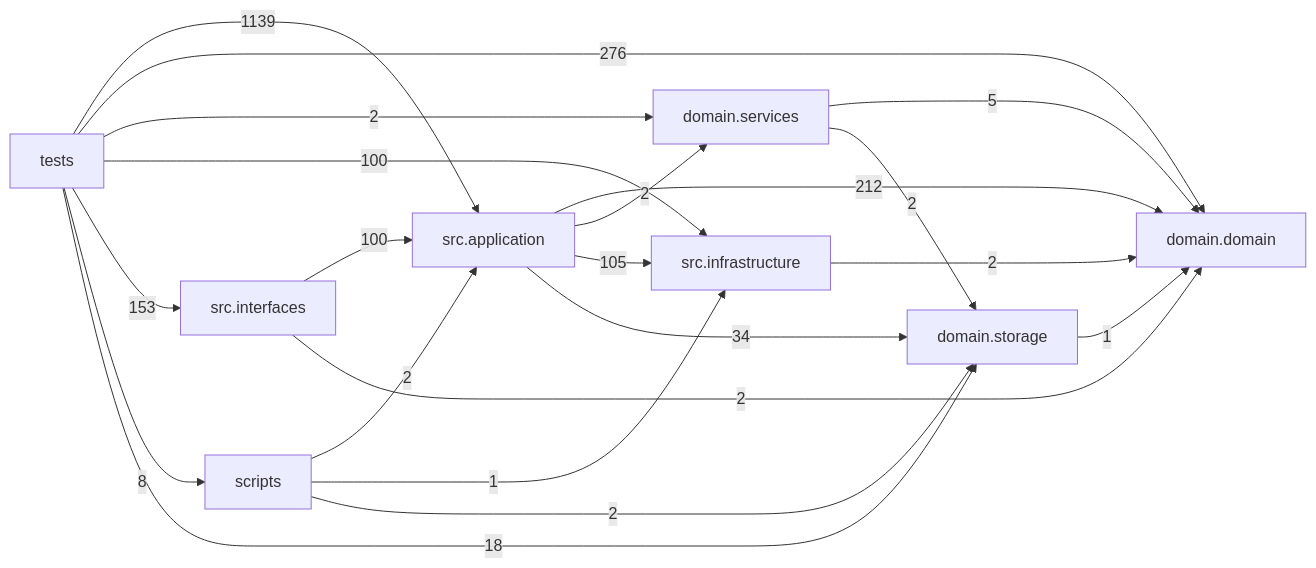
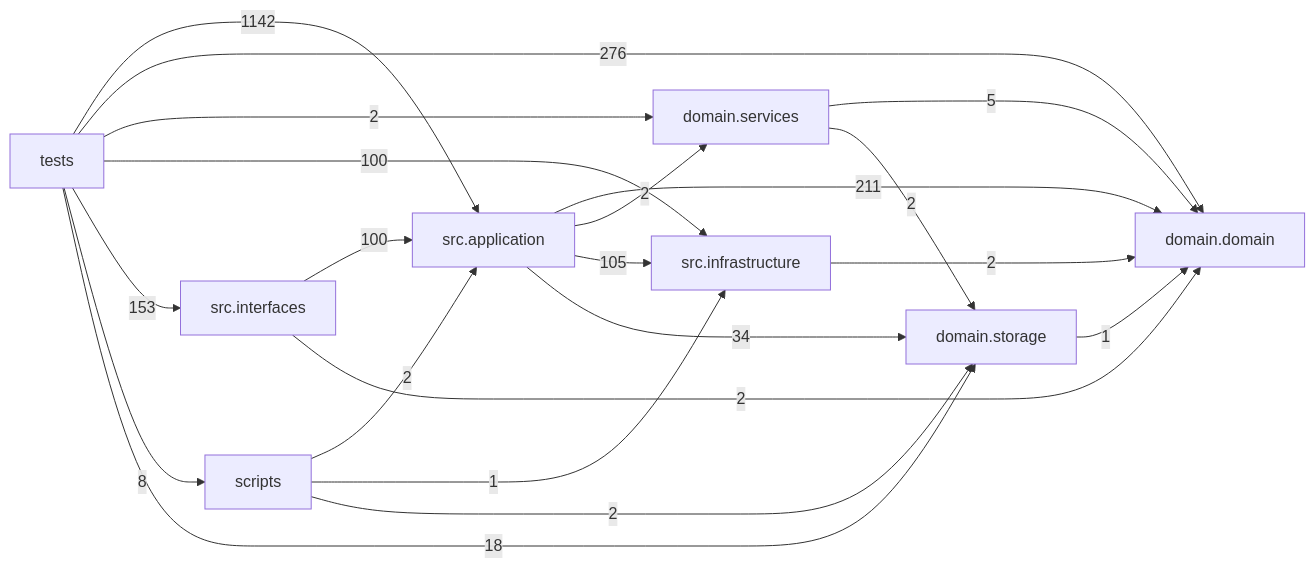
Before and after one commit to liuxie066/options-monitor: the diagram in docs/DEPENDENCY_GRAPH.md, drawn with Mermaid. The commit also changed other lines of this file and 18 other files, not shown here.

````diff
--- a/docs/DEPENDENCY_GRAPH.md
+++ b/docs/DEPENDENCY_GRAPH.md
@@ -24,31 +24,31 @@
 ```mermaid
 flowchart LR
   tests["tests"]
   scripts["scripts"]
   interfaces["src.interfaces"]
   application["src.application"]
   infrastructure["src.infrastructure"]
   domain_services["domain.services"]
   domain["domain.domain"]
   storage["domain.storage"]
-  application -->|212| domain
+  application -->|211| domain
   application -->|2| domain_services
   application -->|105| infrastructure
   application -->|34| storage
   domain_services -->|5| domain
   domain_services -->|2| storage
   infrastructure -->|2| domain
   interfaces -->|100| application
   interfaces -->|2| domain
   scripts -->|2| application
   scripts -->|1| infrastructure
   scripts -->|2| storage
   storage -->|1| domain
-  tests -->|1139| application
+  tests -->|1142| application
   tests -->|276| domain
   tests -->|2| domain_services
   tests -->|100| infrastructure
   tests -->|153| interfaces
   tests -->|8| scripts
   tests -->|18| storage
 ```
````
